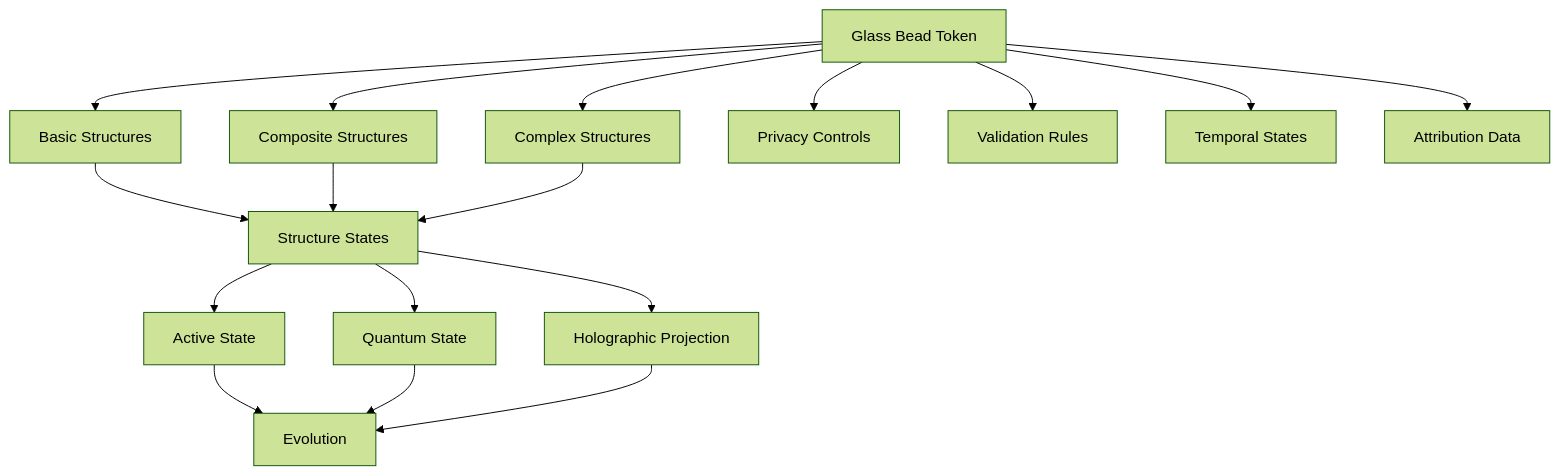
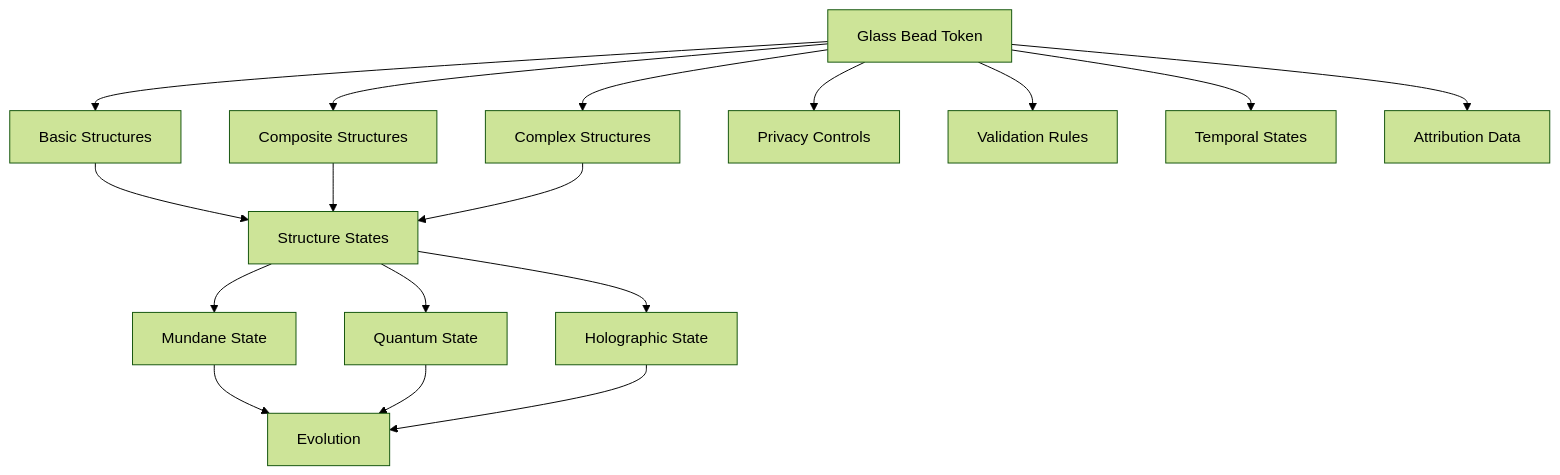
The second of 3 diagrams in docs/2. the cybernetic system/memorativa-2-19-shared-structures.md (heavyblotto/memorativa), drawn with Mermaid (forest theme) before and after one commit. The commit also changed other lines of this file and 5 other files, not shown here.

````diff
--- a/docs/2. the cybernetic system/memorativa-2-19-shared-structures.md
+++ b/docs/2. the cybernetic system/memorativa-2-19-shared-structures.md
@@ -86,23 +194,23 @@
 ```mermaid
 graph TD
     GB[Glass Bead Token] --> BS[Basic Structures]
     GB --> CS[Composite Structures]
     GB --> CX[Complex Structures]
     
     BS --> ST[Structure States]
     CS --> ST
     CX --> ST
     
-    ST --> AS[Active State]
+    ST --> MS[Mundane State]
     ST --> QS[Quantum State]
-    ST --> HP[Holographic Projection]
+    ST --> HS[Holographic State]
     
-    AS --> EV[Evolution]
+    MS --> EV[Evolution]
     QS --> EV
-    HP --> EV
+    HS --> EV
     
     GB --> P[Privacy Controls]
     GB --> V[Validation Rules]
     GB --> T[Temporal States]
     GB --> A[Attribution Data]
 ```
````
